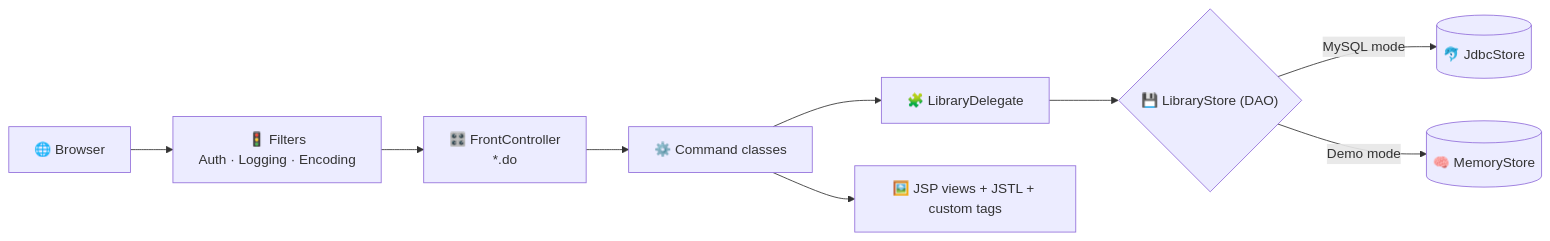
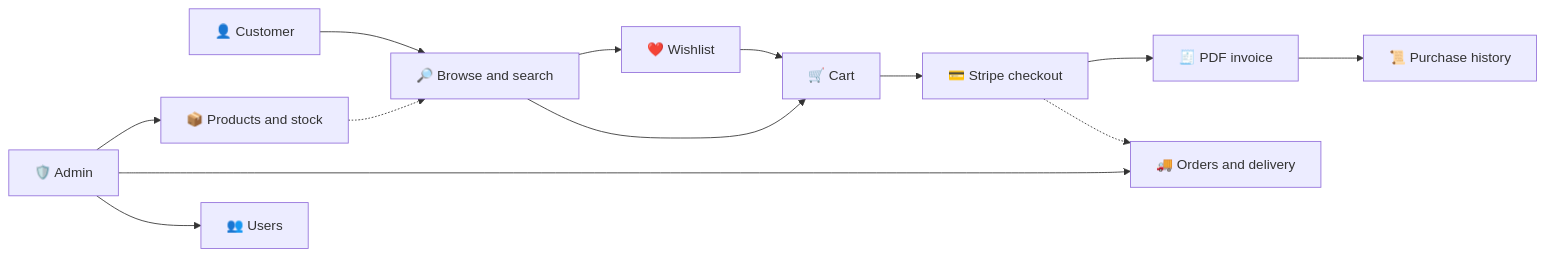
The diagram in README.md (Isuru-CodeX/PowerRig), drawn with Mermaid before and after one commit. The commit also changed other lines of this file, not shown here.

````diff
--- a/README.md
+++ b/README.md
@@ -86,11 +85,15 @@
 ```mermaid
 flowchart LR
-    A["🌐 Browser"] --> F["🚦 Filters<br/>Auth · Logging · Encoding"]
-    F --> B["🎛️ FrontController<br/>*.do"]
-    B --> C["⚙️ Command classes"]
-    C --> D["🧩 LibraryDelegate"]
-    D --> E{"💾 LibraryStore (DAO)"}
-    E -->|MySQL mode| G[("🐬 JdbcStore")]
-    E -->|Demo mode| H[("🧠 MemoryStore")]
-    C --> V["🖼️ JSP views + JSTL + custom tags"]
+    A["👤 Customer"] --> B["🔎 Browse and search"]
+    B --> C["❤️ Wishlist"]
+    B --> D["🛒 Cart"]
+    C --> D
+    D --> E["💳 Stripe checkout"]
+    E --> F["🧾 PDF invoice"]
+    F --> G["📜 Purchase history"]
+    H["🛡️ Admin"] --> I["📦 Products and stock"]
+    H --> J["🚚 Orders and delivery"]
+    H --> K["👥 Users"]
+    I -.-> B
+    E -.-> J
 ```
````
